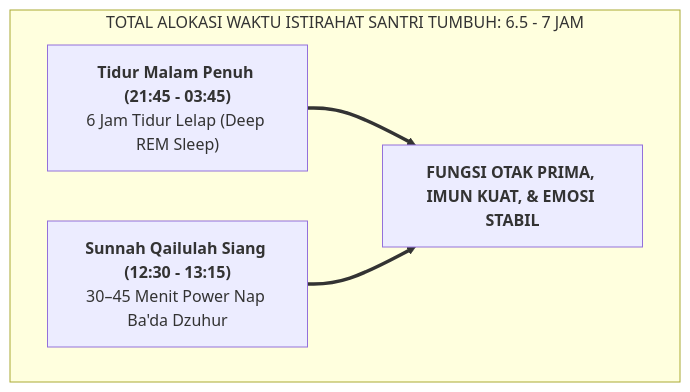
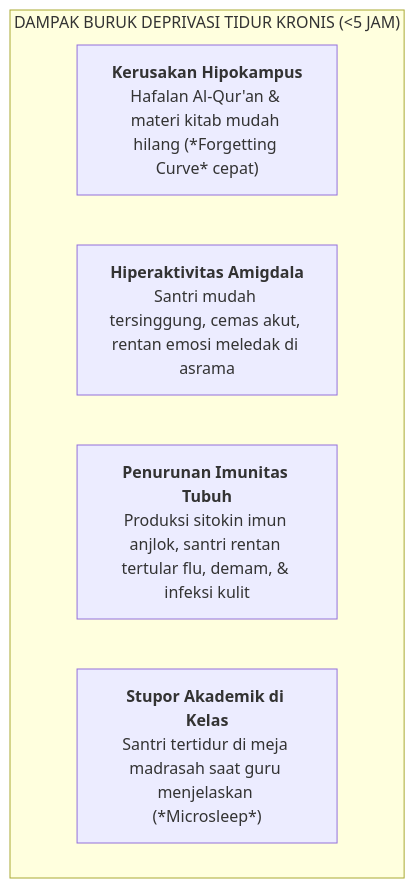
The diagram in BOOK Series 2/Volume-05-Manual-Operasional-SOP-24Jam-dan-Tata-Kelola/Bab-01-Jadwal-Presisi-Siklus-24Jam/02-Menjaga-Hak-Tidur-dan-Sunnah-Qailulah.md (wandiapriliyandi/tumbuh), drawn with Mermaid before and after one commit. The commit also changed other lines of this file and 61 other files, not shown here.

````diff
--- a/BOOK Series 2/Volume-05-Manual-Operasional-SOP-24Jam-dan-Tata-Kelola/Bab-01-Jadwal-Presisi-Siklus-24Jam/02-Menjaga-Hak-Tidur-dan-Sunnah-Qailulah.md
+++ b/BOOK Series 2/Volume-05-Manual-Operasional-SOP-24Jam-dan-Tata-Kelola/Bab-01-Jadwal-Presisi-Siklus-24Jam/02-Menjaga-Hak-Tidur-dan-Sunnah-Qailulah.md
@@ -14,9 +13,9 @@
 ```mermaid
 flowchart TD
-    subgraph TotalIstirahat["TOTAL ALOKASI WAKTU ISTIRAHAT SANTRI TUMBUH: 6.5 - 7 JAM"]
-        T1["<b>Tidur Malam Penuh (21:45 - 03:45)</b><br/>6 Jam Tidur Lelap (Deep REM Sleep)"]
-        T2["<b>Sunnah Qailulah Siang (12:30 - 13:15)</b><br/>30–45 Menit Power Nap Ba'da Dzuhur"]
-
-        T1 & T2 ==> OtakPrima["<b>FUNGSI OTAK PRIMA, IMUN KUAT, & EMOSI STABIL</b>"]
+    subgraph DeprivasiTidur["DAMPAK BURUK DEPRIVASI TIDUR KRONIS (<5 JAM)"]
+        D1["<b>Kerusakan Hipokampus</b><br/>Hafalan Al-Qur'an & materi kitab mudah hilang (*Forgetting Curve* cepat)"]
+        D2["<b>Hiperaktivitas Amigdala</b><br/>Santri mudah tersinggung, cemas akut, rentan emosi meledak di asrama"]
+        D3["<b>Penurunan Imunitas Tubuh</b><br/>Produksi sitokin imun anjlok, santri rentan tertular flu, demam, & infeksi kulit"]
+        D4["<b>Stupor Akademik di Kelas</b><br/>Santri tertidur di meja madrasah saat guru menjelaskan (*Microsleep*)"]
     end
 ```
````
